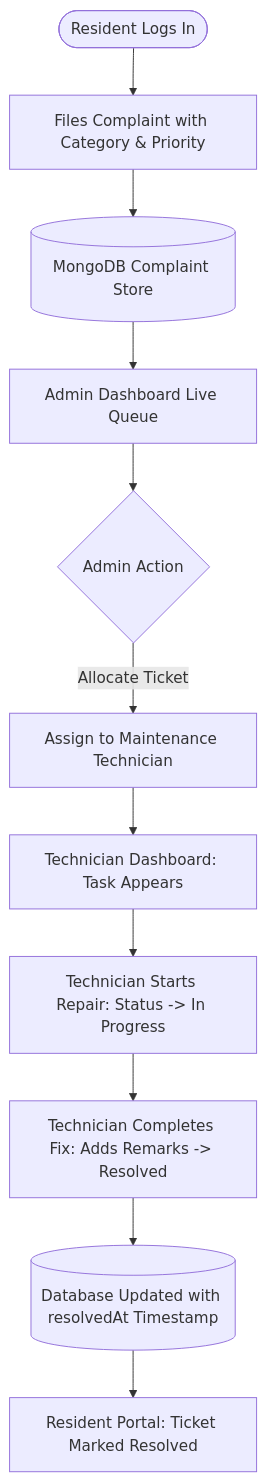
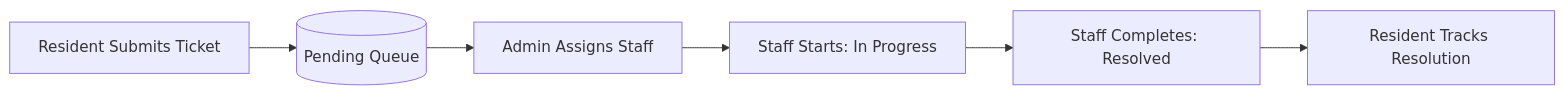
One commit to r0kumar/FixMate-PG-Hostel-Maintenance-Tracker changed the diagram in README.md. Above: the diagram before and after it, drawn with Mermaid. The commit also changed other lines of this file, not shown here.

````diff
--- a/README.md
+++ b/README.md
@@ -126,13 +63,8 @@
 ```mermaid
-flowchart TD
-    A([Resident Logs In]) --> B[Files Complaint with Category & Priority]
-    B --> C[(MongoDB Complaint Store)]
-    C --> D[Admin Dashboard Live Queue]
-    D --> E{Admin Action}
-    E -->|Allocate Ticket| F[Assign to Maintenance Technician]
-    F --> G[Technician Dashboard: Task Appears]
-    G --> H[Technician Starts Repair: Status -> In Progress]
-    H --> I[Technician Completes Fix: Adds Remarks -> Resolved]
-    I --> J[(Database Updated with resolvedAt Timestamp)]
-    J --> K[Resident Portal: Ticket Marked Resolved]
+flowchart LR
+    A[Resident Submits Ticket] --> B[(Pending Queue)]
+    B --> C[Admin Assigns Staff]
+    C --> D[Staff Starts: In Progress]
+    D --> E[Staff Completes: Resolved]
+    E --> F[Resident Tracks Resolution]
 ```
````
